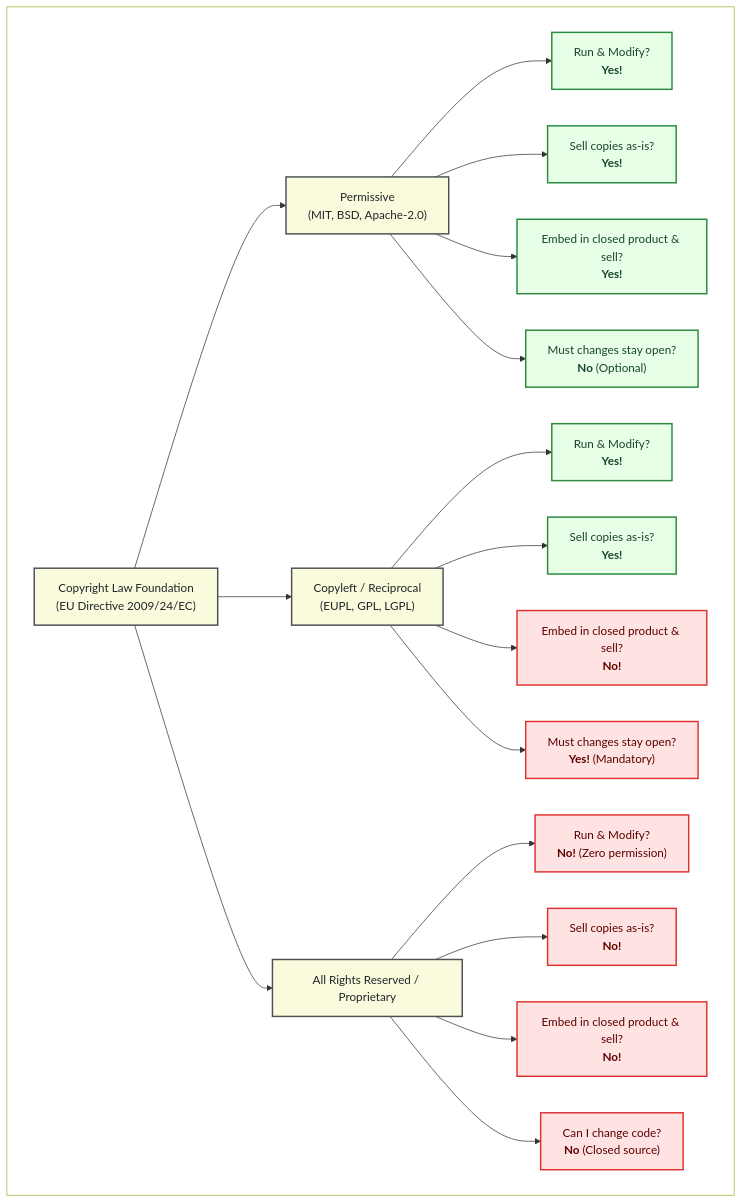
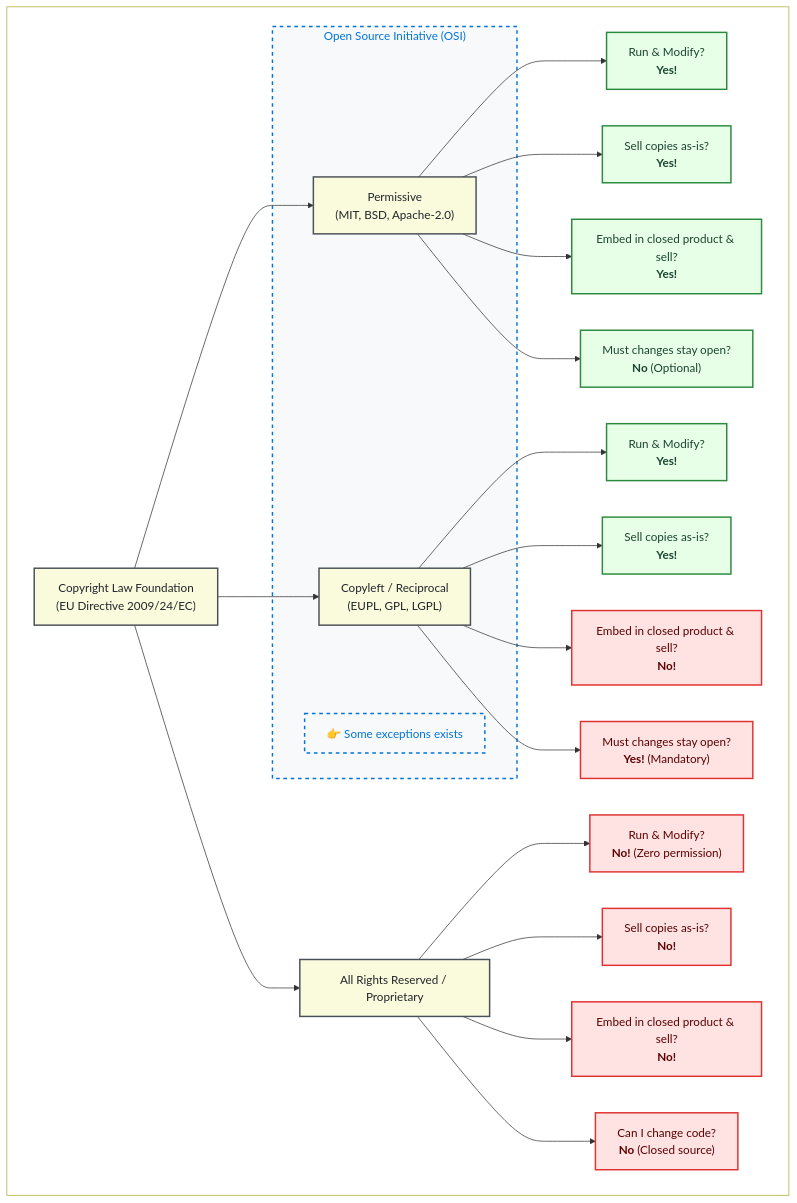
Before and after one commit to coderefinery/social-coding: the diagram in content/software-licensing-eu.md, drawn with Mermaid.

Commit message:
update clasification diagram

````diff
--- a/content/software-licensing-eu.md
+++ b/content/software-licensing-eu.md
@@ -59,33 +59,41 @@
 ```{mermaid}
    flowchart TB
-    subgraph box[ ]
-      A["Copyright Law Foundation<br/>(EU Directive 2009/24/EC)"] --> B["Permissive<br/>(MIT, BSD, Apache-2.0)"]
-      A --> C["Copyleft / Reciprocal<br/>(EUPL, GPL, LGPL)"]
-      A --> D["All Rights Reserved / Proprietary"]
-  
-      B --> B1["Run & Modify?<br/><b>Yes!</b>"]
-      B --> B2["Sell copies as-is?<br/><b>Yes!</b>"]
-      B --> B3["Embed in closed product & sell?<br/><b>Yes!</b>"]
-      B --> B4["Must changes stay open?<br/><b>No</b> (Optional)"]
-  
-      C --> C1["Run & Modify?<br/><b>Yes!</b>"]
-      C --> C2["Sell copies as-is?<br/><b>Yes!</b>"]
-      C --> C3["Embed in closed product & sell?<br/><b>No!</b>"]
-      C --> C4["Must changes stay open?<br/><b>Yes!</b> (Mandatory)"]
-  
-      D --> D1["Run & Modify?<br/><b>No!</b> (Zero permission)"]
-      D --> D2["Sell copies as-is?<br/><b>No!</b>"]
-      D --> D3["Embed in closed product & sell?<br/><b>No!</b>"]
-      D --> D4["Can I change code?<br/><b>No</b> (Closed source)"]
-    end
-      classDef permissive fill:#e6ffe6,stroke:#2b8a3e,stroke-width:2px,color:#1b4332;
-      classDef copyleft fill:#fff9db,stroke:#f59f00,stroke-width:2px,color:#5c3c00;
-      classDef proprietary fill:#ffe3e3,stroke:#e03131,stroke-width:2px,color:#5c0000;
-      classDef header fill:#f8f9fa,stroke:#495057,stroke-width:2px,color:#212529;
-      classDef mains fill:#fafadc,stroke:#495057,stroke-width:2px,color:#212529;
-      classDef box fill:#ffffff;
-      class B1,B2,B3,B4,C1,C2 permissive;
-      class C3,C4,D1,D2,D3,D4 proprietary;
-      class box box; 
-      class A,B,C,D mains; 
+     subgraph box[ ]
+       A["Copyright Law Foundation<br/>(EU Directive 2009/24/EC)"] --> B["Permissive<br/>(MIT, BSD, Apache-2.0)"]
+       A --> C["Copyleft / Reciprocal<br/>(EUPL, GPL, LGPL)"]
+       A --> D["All Rights Reserved / Proprietary"]
+   
+       B --> B1["Run & Modify?<br/><b>Yes!</b>"]
+       B --> B2["Sell copies as-is?<br/><b>Yes!</b>"]
+       B --> B3["Embed in closed product & sell?<br/><b>Yes!</b>"]
+       B --> B4["Must changes stay open?<br/><b>No</b> (Optional)"]
+   
+       C --> C1["Run & Modify?<br/><b>Yes!</b>"]
+       C --> C2["Sell copies as-is?<br/><b>Yes!</b>"]
+       C --> C3["Embed in closed product & sell?<br/><b>No!</b>"]
+       C --> C4["Must changes stay open?<br/><b>Yes!</b> (Mandatory)"]
+   
+       D --> D1["Run & Modify?<br/><b>No!</b> (Zero permission)"]
+       D --> D2["Sell copies as-is?<br/><b>No!</b>"]
+       D --> D3["Embed in closed product & sell?<br/><b>No!</b>"]
+       D --> D4["Can I change code?<br/><b>No</b> (Closed source)"]
+       subgraph osi["Open Source Initiative (OSI)"]
+           osi_H["👉 Some exceptions exists"]
+           B["Permissive<br/>(MIT, BSD, Apache-2.0)"]
+           C["Copyleft / Reciprocal<br/>(EUPL, GPL, LGPL)"]
+         end
+     end
+       classDef permissive fill:#e6ffe6,stroke:#2b8a3e,stroke-width:2px,color:#1b4332;
+       classDef copyleft fill:#fff9db,stroke:#f59f00,stroke-width:2px,color:#5c3c00;
+       classDef proprietary fill:#ffe3e3,stroke:#e03131,stroke-width:2px,color:#5c0000;
+       classDef header fill:#f8f9fa,stroke:#495057,stroke-width:2px,color:#212529;
+       classDef mains fill:#fafadc,stroke:#495057,stroke-width:2px,color:#212529;
+        classDef osiBox fill:#f8f9fa,stroke:#0275d8,stroke-width:2px,stroke-dasharray: 5 5,color:#0275d8;
+       classDef box fill:#ffffff;
+       class B1,B2,B3,B4,C1,C2 permissive;
+       class C3,C4,D1,D2,D3,D4 proprietary;
+       class box box; 
+       class A,B,C,D mains;
+       class osi_H,osi osiBox;
+
 ```
````
